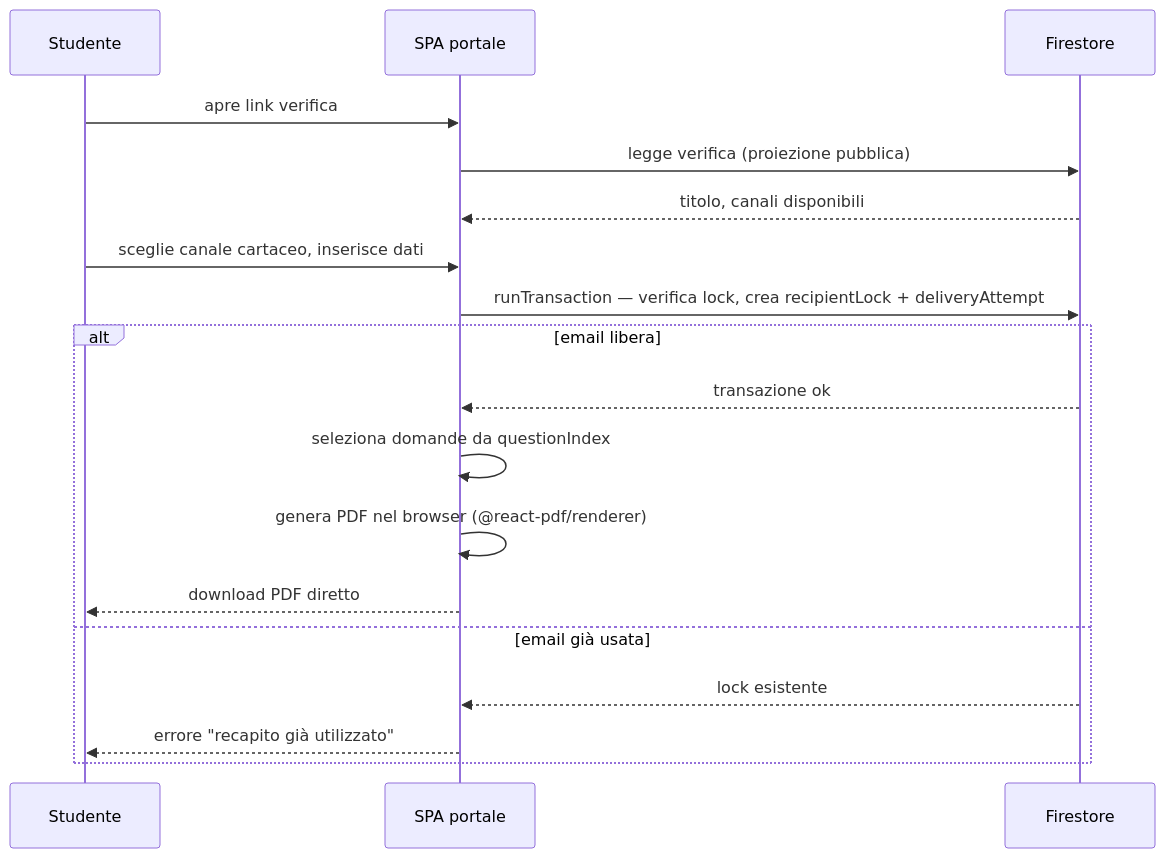
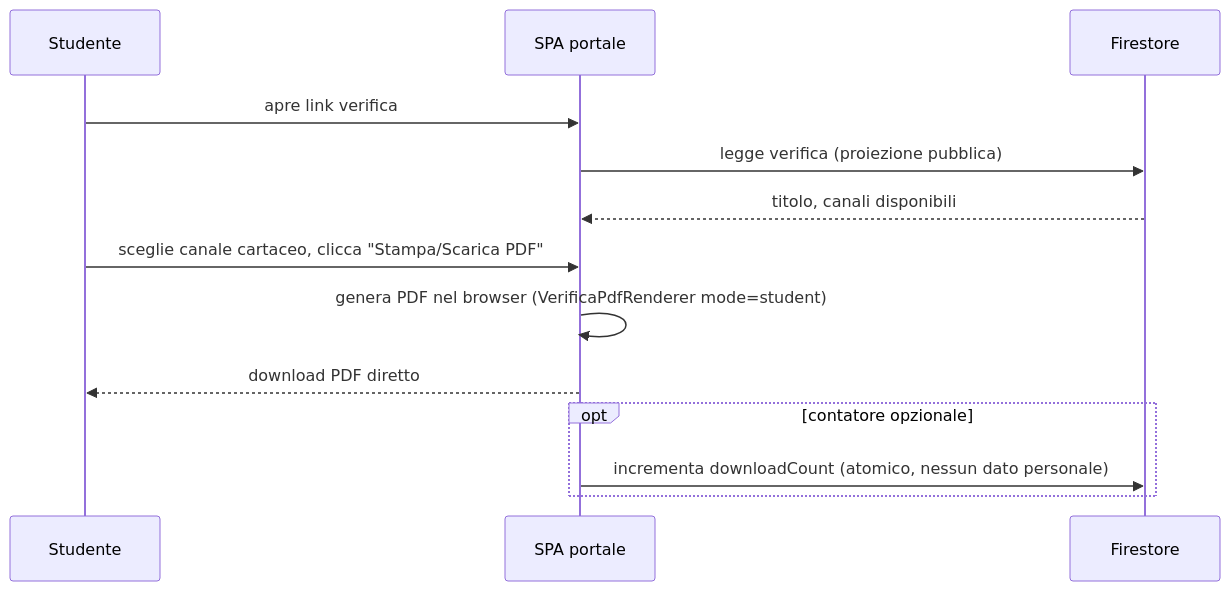
The first of 2 diagrams in documentazione/diagrammi/sequence-pubblicazione-verifica.md (EnricoPaparo/SchoolForge), drawn with Mermaid before and after one commit. The commit also changed other lines of this file and 17 other files, not shown here.

````diff
--- a/documentazione/diagrammi/sequence-pubblicazione-verifica.md
+++ b/documentazione/diagrammi/sequence-pubblicazione-verifica.md
@@ -5,22 +5,17 @@
 ```mermaid
 sequenceDiagram
     participant S as Studente
     participant SPA as SPA portale
     participant F as Firestore
 
     S->>SPA: apre link verifica
     SPA->>F: legge verifica (proiezione pubblica)
     F-->>SPA: titolo, canali disponibili
 
-    S->>SPA: sceglie canale cartaceo, inserisce dati
-    SPA->>F: runTransaction — verifica lock, crea recipientLock + deliveryAttempt
-    alt email libera
-        F-->>SPA: transazione ok
-        SPA->>SPA: seleziona domande da questionIndex
-        SPA->>SPA: genera PDF nel browser (@react-pdf/renderer)
-        SPA-->>S: download PDF diretto
-    else email già usata
-        F-->>SPA: lock esistente
-        SPA-->>S: errore "recapito già utilizzato"
+    S->>SPA: sceglie canale cartaceo, clicca "Stampa/Scarica PDF"
+    SPA->>SPA: genera PDF nel browser (VerificaPdfRenderer mode=student)
+    SPA-->>S: download PDF diretto
+    opt contatore opzionale
+        SPA->>F: incrementa downloadCount (atomico, nessun dato personale)
     end
 ```
````
